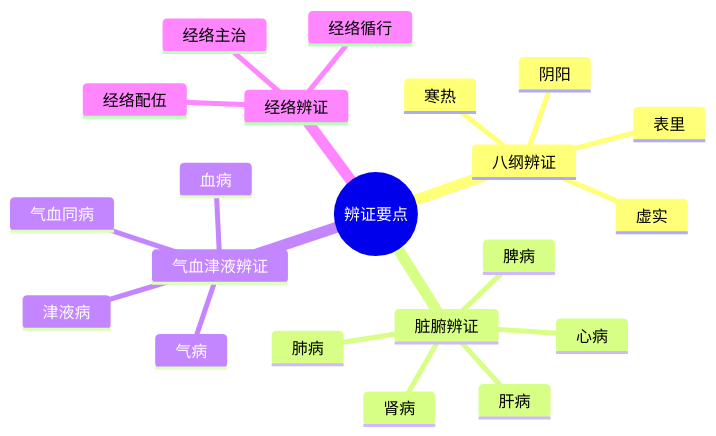
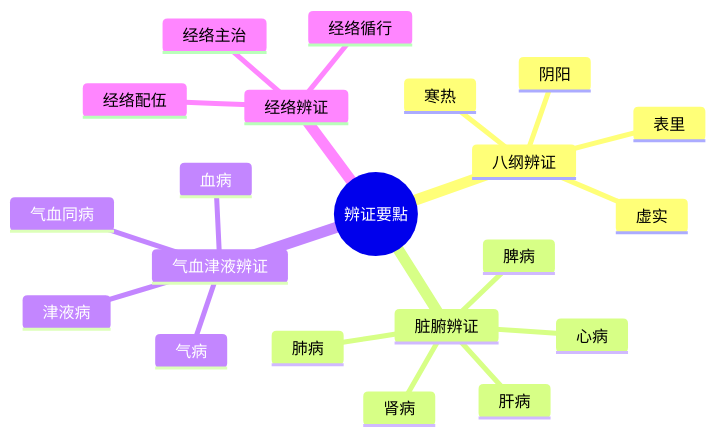
One commit to kmjade/knowledge-value changed the second of 5 diagrams in 3 Resources/01-Tech/🏥 专业知识/耳穴知识库/00-MOCs/MOC-临床应用.md. Above: the diagram before and after it, drawn with Mermaid. The commit also changed other lines of this file and 653 other files, not shown here.

````diff
--- a/3 Resources/01-Tech/🏥 专业知识/耳穴知识库/00-MOCs/MOC-临床应用.md
+++ b/3 Resources/01-Tech/🏥 专业知识/耳穴知识库/00-MOCs/MOC-临床应用.md
@@ -90,24 +90,24 @@
 ```mermaid
 mindmap
-  root((辨证要点))
+  root((辨证要點))
     八纲辨证
       表里
       寒热
       虚实
       阴阳
     脏腑辨证
       心病
       肝病
       脾病
       肺病
       肾病
     气血津液辨证
       气病
       血病
       津液病
       气血同病
     经络辨证
       经络循行
       经络主治
       经络配伍
 ```
````
